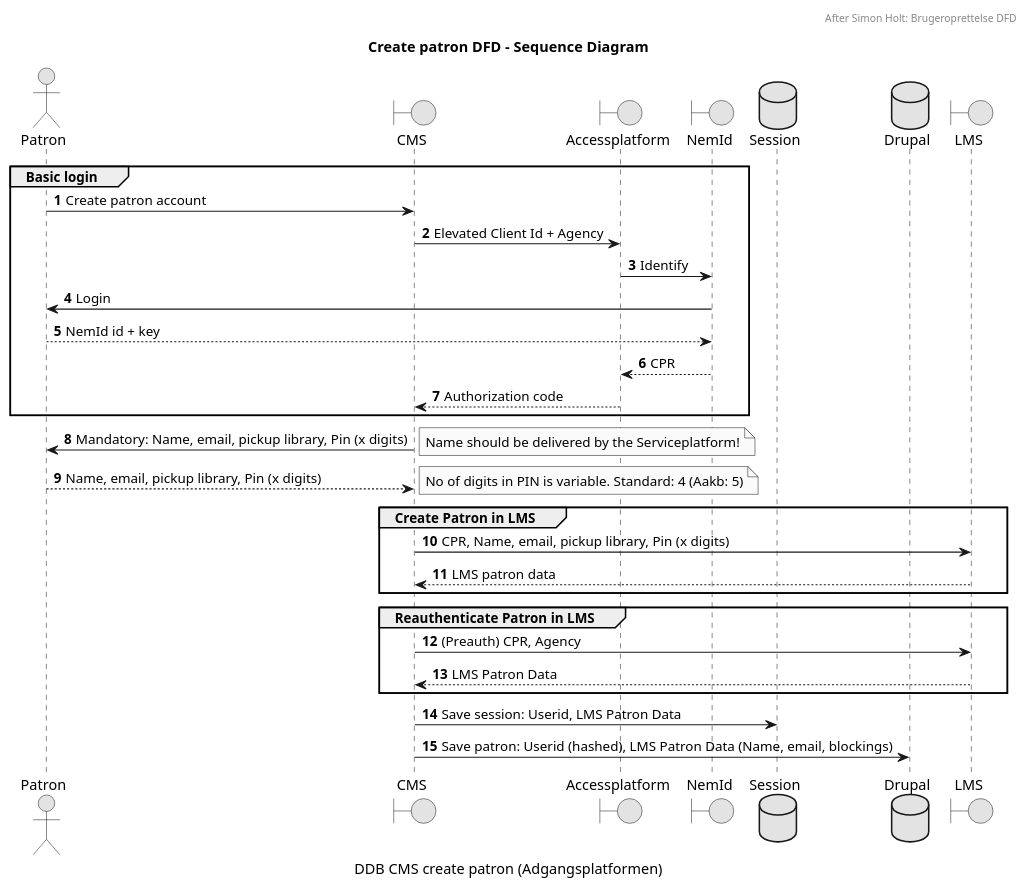
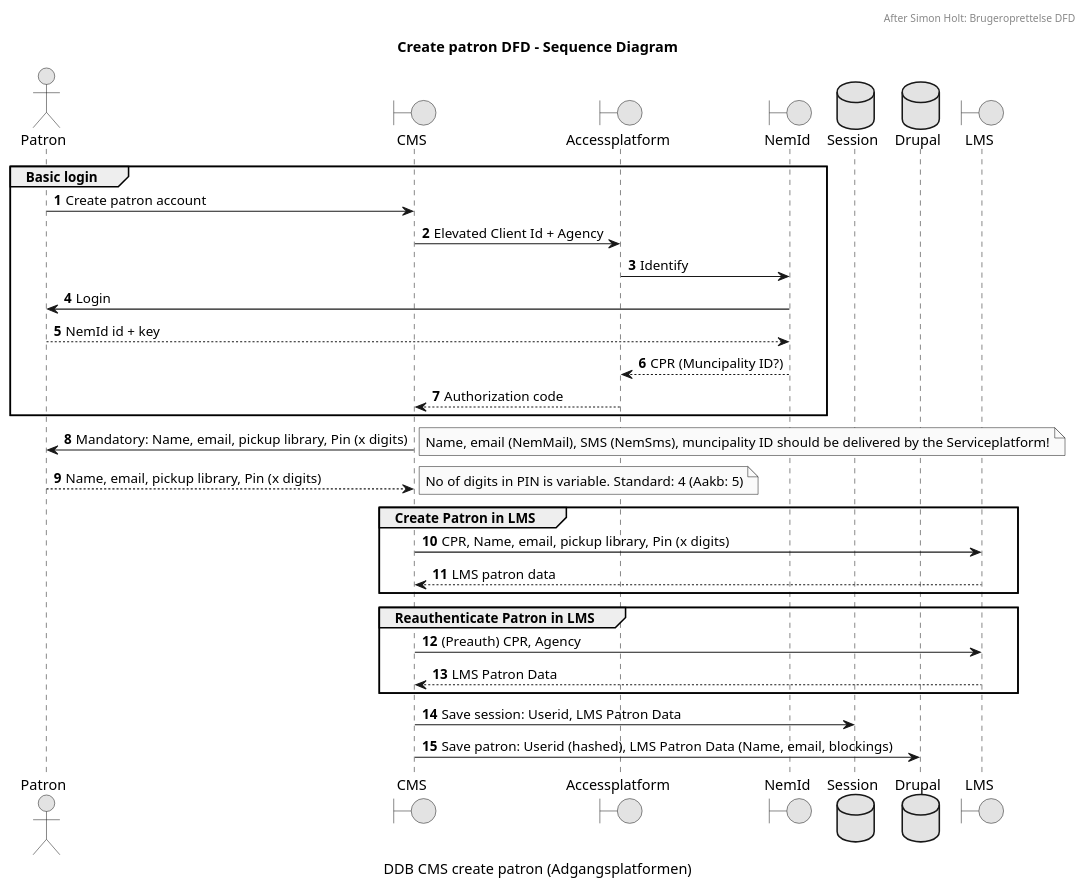
Before and after one commit to danskernesdigitalebibliotek/plantuml: the diagram in docs/sso/create-patron-dfd.puml, drawn with PlantUML.

Commit message:
Update create-patron-dfd.puml
Extra data from NemId (ServicePlatform)

```diff
--- a/docs/sso/create-patron-dfd.puml
+++ b/docs/sso/create-patron-dfd.puml
@@ -1,55 +1,55 @@
 @startuml
 title Create patron DFD - Sequence Diagram
 header After Simon Holt: Brugeroprettelse DFD
 caption DDB CMS create patron (Adgangsplatformen)
 
 ' Skinparams '
 skinparam monochrome true
 autonumber
 
 
 actor "Patron" as USER
 boundary CMS
 boundary Accessplatform as AP
 boundary NemId as NEMID
 'control "Shopping Cart" as SC
 database "Session" as SESSION
 database "Drupal" as DRUPAL
 boundary LMS
 '"Library\nManagemt\nSystem" as LMS
 
 
 group Basic login
 
     USER -> CMS: Create patron account
     CMS -> AP: Elevated Client Id + Agency
     AP -> NEMID: Identify
     NEMID -> USER: Login
     NEMID <-- USER: NemId id + key
-    AP <-- NEMID: CPR
+    AP <-- NEMID: CPR (Muncipality ID?)
     CMS <-- AP: Authorization code
 end
 
 
     CMS -> USER: Mandatory: Name, email, pickup library, Pin (x digits)
     note right
-        Name should be delivered by the Serviceplatform!
+        Name, email (NemMail), SMS (NemSms), muncipality ID should be delivered by the Serviceplatform!
     end note
     CMS <-- USER: Name, email, pickup library, Pin (x digits)
     note right
         No of digits in PIN is variable. Standard: 4 (Aakb: 5)
     end note
 
 group Create Patron in LMS
     CMS -> LMS: CPR, Name, email, pickup library, Pin (x digits)
     CMS <-- LMS: LMS patron data
 end
 group Reauthenticate Patron in LMS
     CMS -> LMS: (Preauth) CPR, Agency
     CMS <-- LMS: LMS Patron Data
 end
 
 CMS -> SESSION: Save session: Userid, LMS Patron Data
 CMS -> DRUPAL: Save patron: Userid (hashed), LMS Patron Data (Name, email, blockings)
 
 @enduml
```
